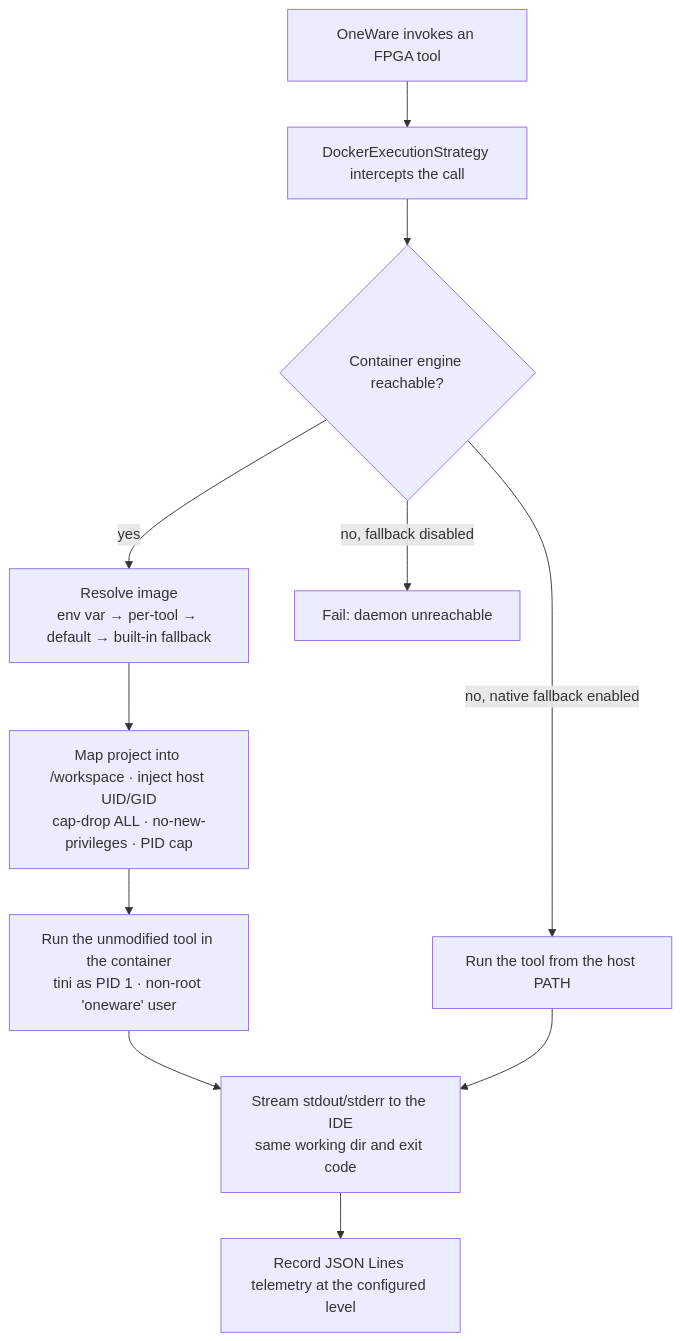
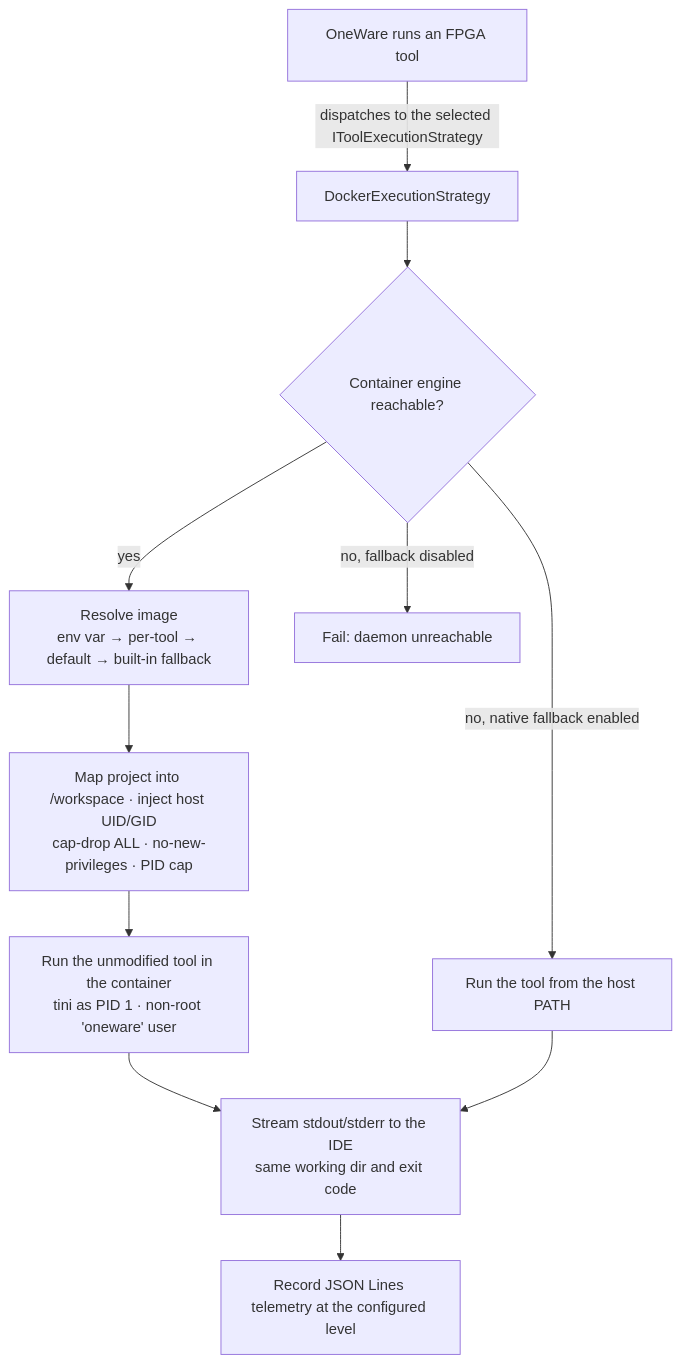
Before and after one commit to FEntwumS/FEntwumS.ContainerExtension: the diagram in README.md, drawn with Mermaid. The commit also changed other lines of this file and 5 other files, not shown here.

````diff
--- a/README.md
+++ b/README.md
@@ -46,13 +47,13 @@
 ```mermaid
 flowchart TD
-    A[OneWare invokes an FPGA tool] --> B[DockerExecutionStrategy intercepts the call]
+    A[OneWare runs an FPGA tool] -->|dispatches to the selected IToolExecutionStrategy| B[DockerExecutionStrategy]
     B --> C{Container engine reachable?}
     C -->|yes| D[Resolve image<br/>env var → per-tool → default → built-in fallback]
     D --> E[Map project into /workspace · inject host UID/GID<br/>cap-drop ALL · no-new-privileges · PID cap]
     E --> F[Run the unmodified tool in the container<br/>tini as PID 1 · non-root 'oneware' user]
     C -->|no, native fallback enabled| G[Run the tool from the host PATH]
     C -->|no, fallback disabled| H[Fail: daemon unreachable]
     F --> I[Stream stdout/stderr to the IDE<br/>same working dir and exit code]
     G --> I
     I --> J[Record JSON Lines telemetry at the configured level]
 ```
````
